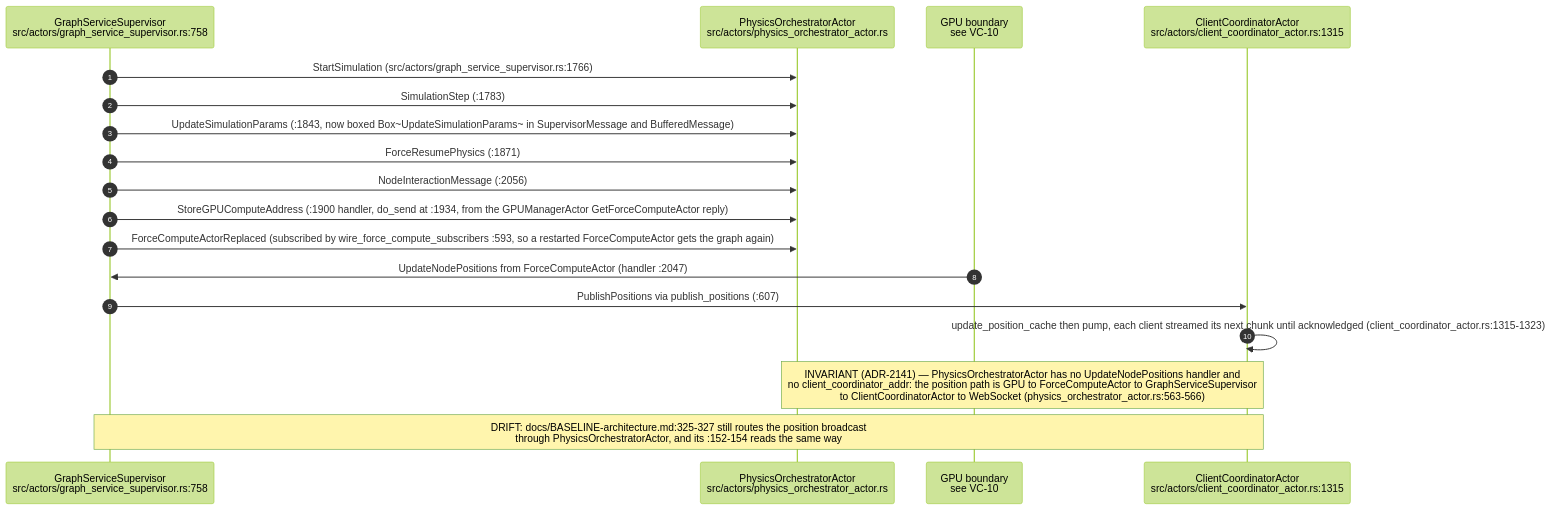
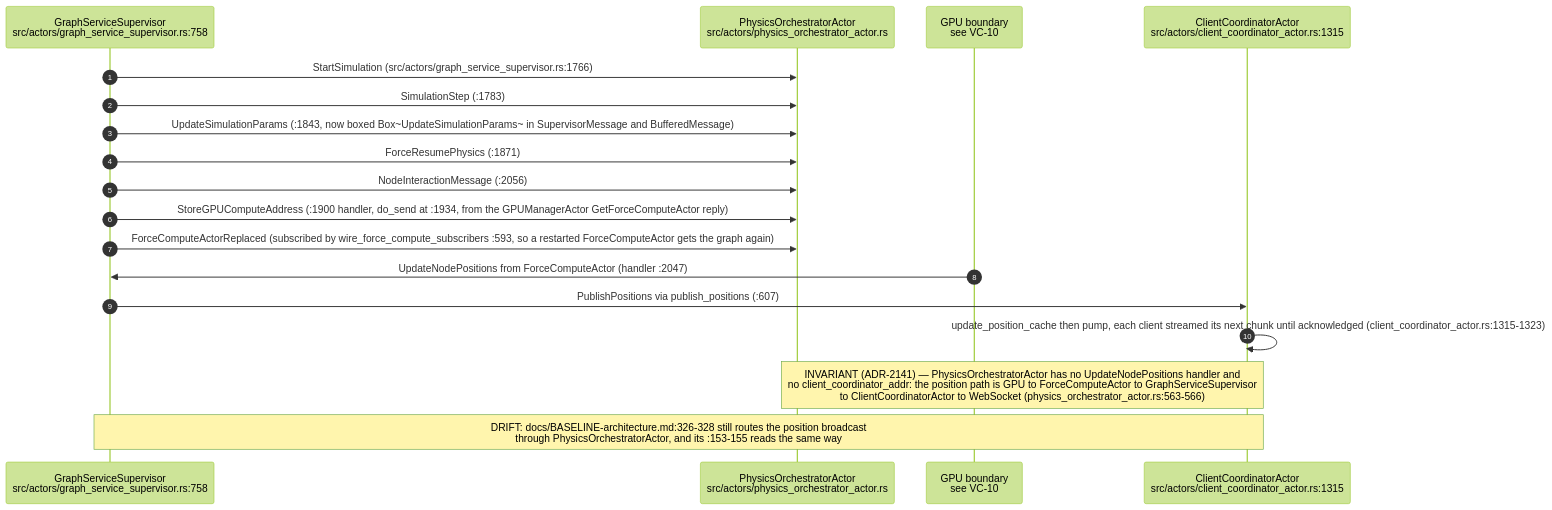
The tenth of 14 diagrams in docs/diagrams/visionclaw/02-actor-supervision.md (DreamLab-AI/VisionFlow), drawn with Mermaid (forest theme) before and after one commit. The commit also changed other lines of this file and 142 other files, not shown here.

First line of the commit message:
docs(diagrams): one System One route; re-verify 140 topics at today's heads

````diff
--- a/docs/diagrams/visionclaw/02-actor-supervision.md
+++ b/docs/diagrams/visionclaw/02-actor-supervision.md
@@ -415,21 +415,21 @@
 ```mermaid
 sequenceDiagram
     autonumber
     participant GSS as GraphServiceSupervisor<br/>src/actors/graph_service_supervisor.rs:758
     participant PO as PhysicsOrchestratorActor<br/>src/actors/physics_orchestrator_actor.rs
     participant GPU as GPU boundary<br/>see VC-10
     participant CC as ClientCoordinatorActor<br/>src/actors/client_coordinator_actor.rs:1315
 
     GSS->>PO: StartSimulation (src/actors/graph_service_supervisor.rs:1766)
     GSS->>PO: SimulationStep (:1783)
     GSS->>PO: UpdateSimulationParams (:1843, now boxed Box~UpdateSimulationParams~ in SupervisorMessage and BufferedMessage)
     GSS->>PO: ForceResumePhysics (:1871)
     GSS->>PO: NodeInteractionMessage (:2056)
     GSS->>PO: StoreGPUComputeAddress (:1900 handler, do_send at :1934, from the GPUManagerActor GetForceComputeActor reply)
     GSS->>PO: ForceComputeActorReplaced (subscribed by wire_force_compute_subscribers :593, so a restarted ForceComputeActor gets the graph again)
     GPU->>GSS: UpdateNodePositions from ForceComputeActor (handler :2047)
     GSS->>CC: PublishPositions via publish_positions (:607)
     CC->>CC: update_position_cache then pump, each client streamed its next chunk until acknowledged (client_coordinator_actor.rs:1315-1323)
     Note over PO,CC: INVARIANT (ADR-2141) — PhysicsOrchestratorActor has no UpdateNodePositions handler and<br/>no client_coordinator_addr: the position path is GPU to ForceComputeActor to GraphServiceSupervisor<br/>to ClientCoordinatorActor to WebSocket (physics_orchestrator_actor.rs:563-566)
-    Note over GSS,CC: DRIFT: docs/BASELINE-architecture.md:325-327 still routes the position broadcast<br/>through PhysicsOrchestratorActor, and its :152-154 reads the same way
+    Note over GSS,CC: DRIFT: docs/BASELINE-architecture.md:326-328 still routes the position broadcast<br/>through PhysicsOrchestratorActor, and its :153-155 reads the same way
 ```
````
